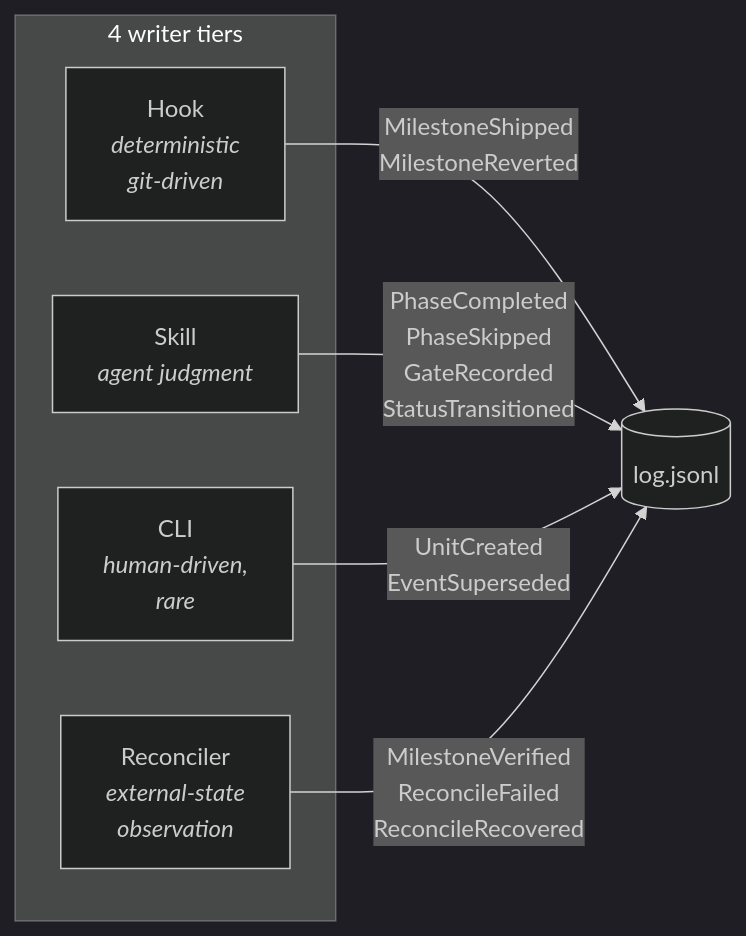
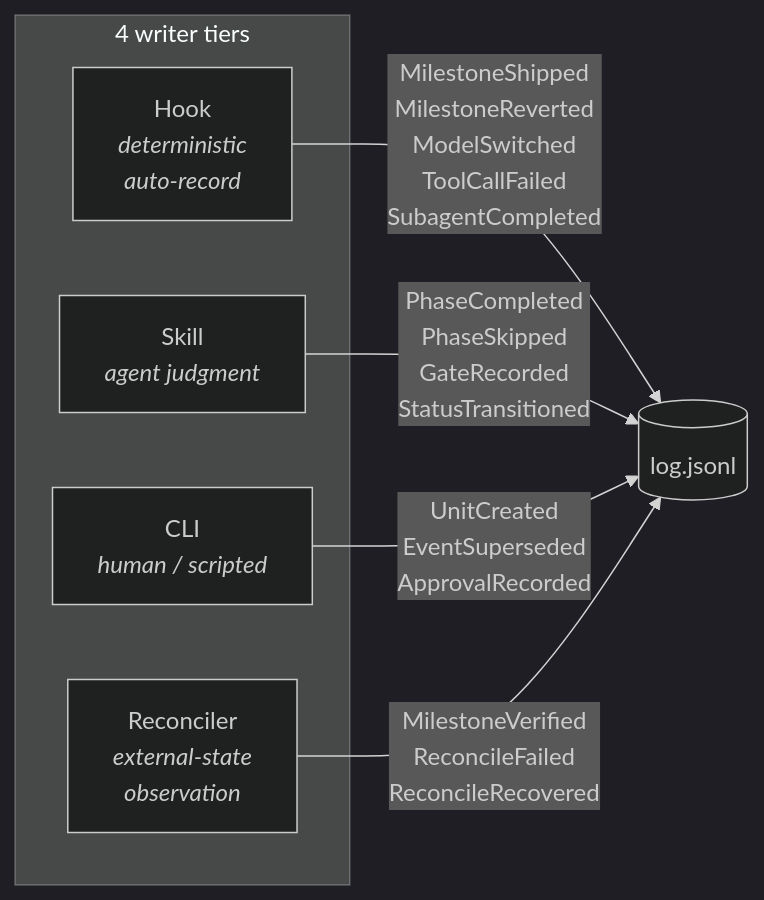
Before and after one commit to junyeong-ai/knotch: the second of 4 diagrams in README.ko.md, drawn with Mermaid (dark theme). The commit also changed other lines of this file and 1 other file, not shown here.

````diff
--- a/README.ko.md
+++ b/README.ko.md
@@ -161,13 +181,13 @@
 ```mermaid
 flowchart LR
     subgraph writers["4 writer tiers"]
-        H["Hook<br/><i>deterministic<br/>git-driven</i>"]
+        H["Hook<br/><i>deterministic<br/>auto-record</i>"]
         S["Skill<br/><i>agent judgment</i>"]
-        C["CLI<br/><i>human-driven,<br/>rare</i>"]
+        C["CLI<br/><i>human / scripted</i>"]
         R["Reconciler<br/><i>external-state<br/>observation</i>"]
     end
-    H -->|MilestoneShipped<br/>MilestoneReverted| L[("log.jsonl")]
+    H -->|MilestoneShipped<br/>MilestoneReverted<br/>ModelSwitched<br/>ToolCallFailed<br/>SubagentCompleted| L[("log.jsonl")]
     S -->|PhaseCompleted<br/>PhaseSkipped<br/>GateRecorded<br/>StatusTransitioned| L
-    C -->|UnitCreated<br/>EventSuperseded| L
+    C -->|UnitCreated<br/>EventSuperseded<br/>ApprovalRecorded| L
     R -->|MilestoneVerified<br/>ReconcileFailed<br/>ReconcileRecovered| L
 ```
````
